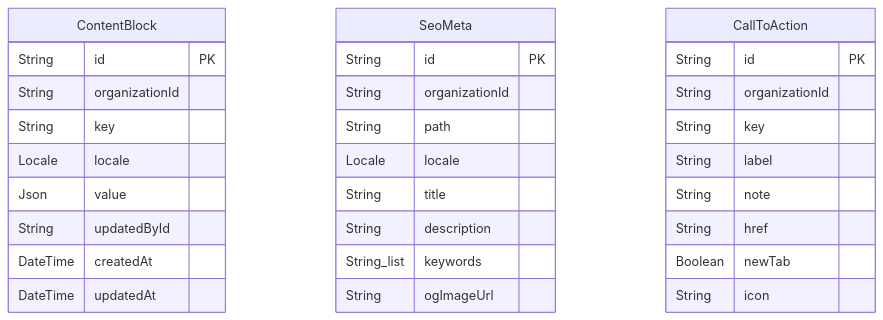
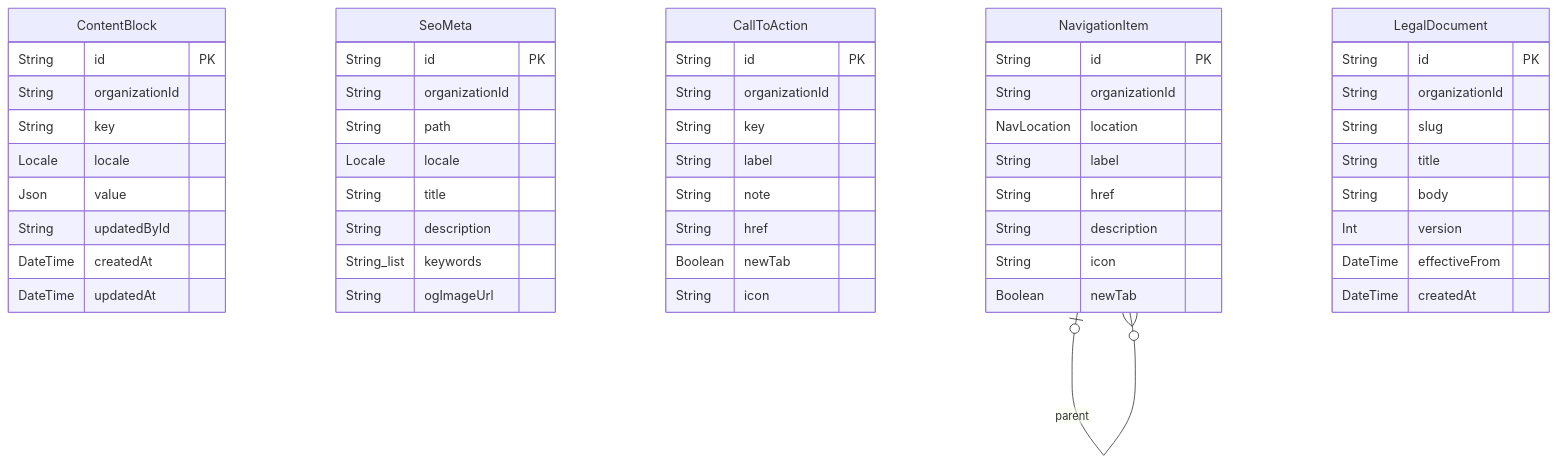
Diagram 11 of 11 in docs/DATABASE.md (javadqasemi/Clenaris), drawn with Mermaid before and after one commit. The commit also changed other lines of this file and 46 other files, not shown here.

````diff
--- a/docs/DATABASE.md
+++ b/docs/DATABASE.md
@@ -1019,33 +1019,54 @@
 ```mermaid
 erDiagram
   ContentBlock {
     String id PK
     String organizationId
     String key
     Locale locale
     Json value
     String updatedById
     DateTime createdAt
     DateTime updatedAt
   }
   SeoMeta {
     String id PK
     String organizationId
     String path
     Locale locale
     String title
     String description
     String_list keywords
     String ogImageUrl
   }
   CallToAction {
     String id PK
     String organizationId
     String key
     String label
     String note
     String href
     Boolean newTab
     String icon
   }
+  NavigationItem {
+    String id PK
+    String organizationId
+    NavLocation location
+    String label
+    String href
+    String description
+    String icon
+    Boolean newTab
+  }
+  LegalDocument {
+    String id PK
+    String organizationId
+    String slug
+    String title
+    String body
+    Int version
+    DateTime effectiveFrom
+    DateTime createdAt
+  }
+  NavigationItem |o--o{ NavigationItem : "parent"
 ```
````
